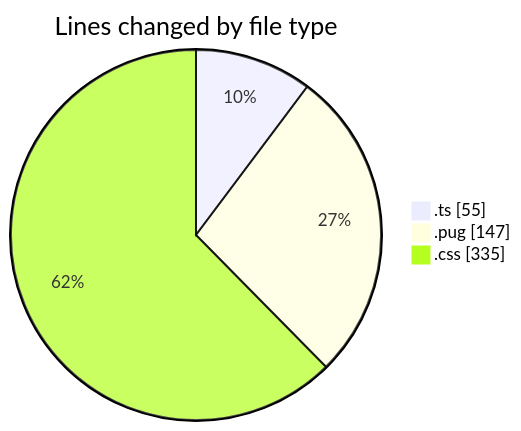
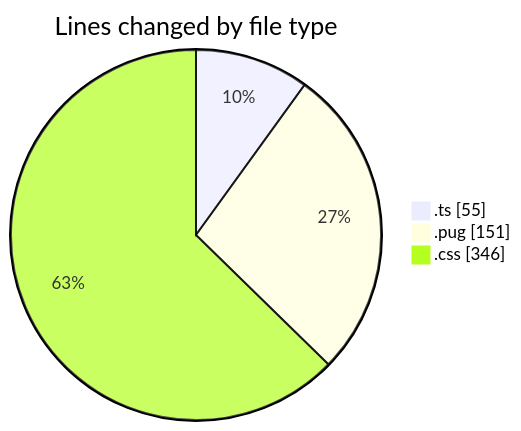
The first of 2 diagrams in 2025-10-31/cda/README.md (momahboobian/code-tracking), drawn with Mermaid before and after one commit. The commit also changed other lines of this file and 1 other file, not shown here.

````diff
--- a/2025-10-31/cda/README.md
+++ b/2025-10-31/cda/README.md
@@ -24,7 +24,7 @@
 ```mermaid
 pie showData
 title Lines changed by file type
 ".ts" : 55
-".pug" : 147
-".css" : 335
+".pug" : 151
+".css" : 346
 ```
````
